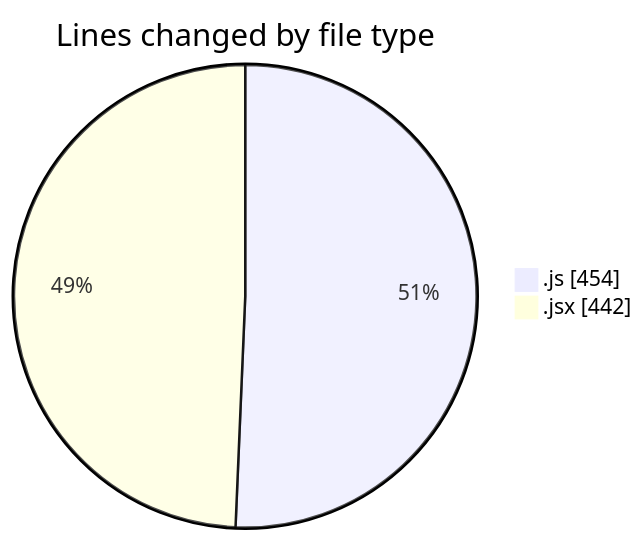
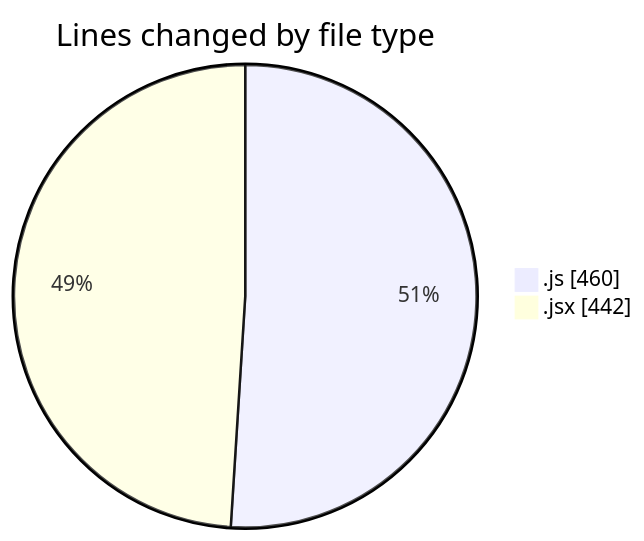
Before and after one commit to nxtqubesakshisongat/code-tracking: the first of 2 diagrams in 2025-09-19/nxtqube_webapp/README.md, drawn with Mermaid. The commit also changed other lines of this file and 1 other file, not shown here.

````diff
--- a/2025-09-19/nxtqube_webapp/README.md
+++ b/2025-09-19/nxtqube_webapp/README.md
@@ -21,6 +21,6 @@
 ```mermaid
 pie showData
 title Lines changed by file type
-".js" : 454
+".js" : 460
 ".jsx" : 442
 ```
````
